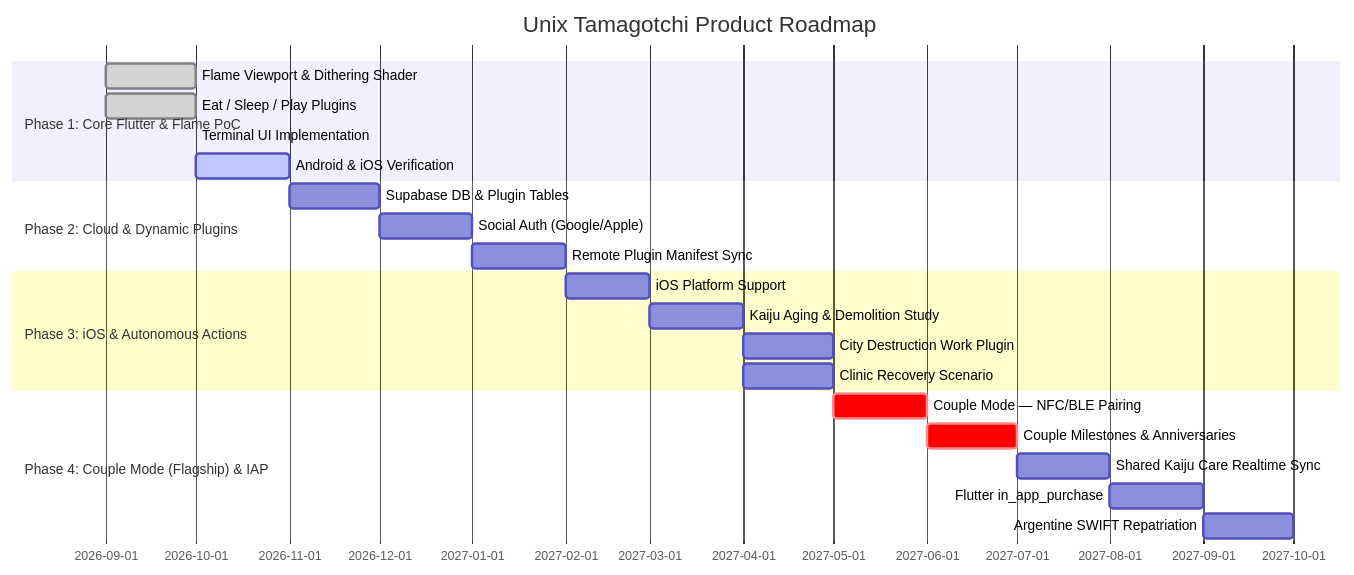
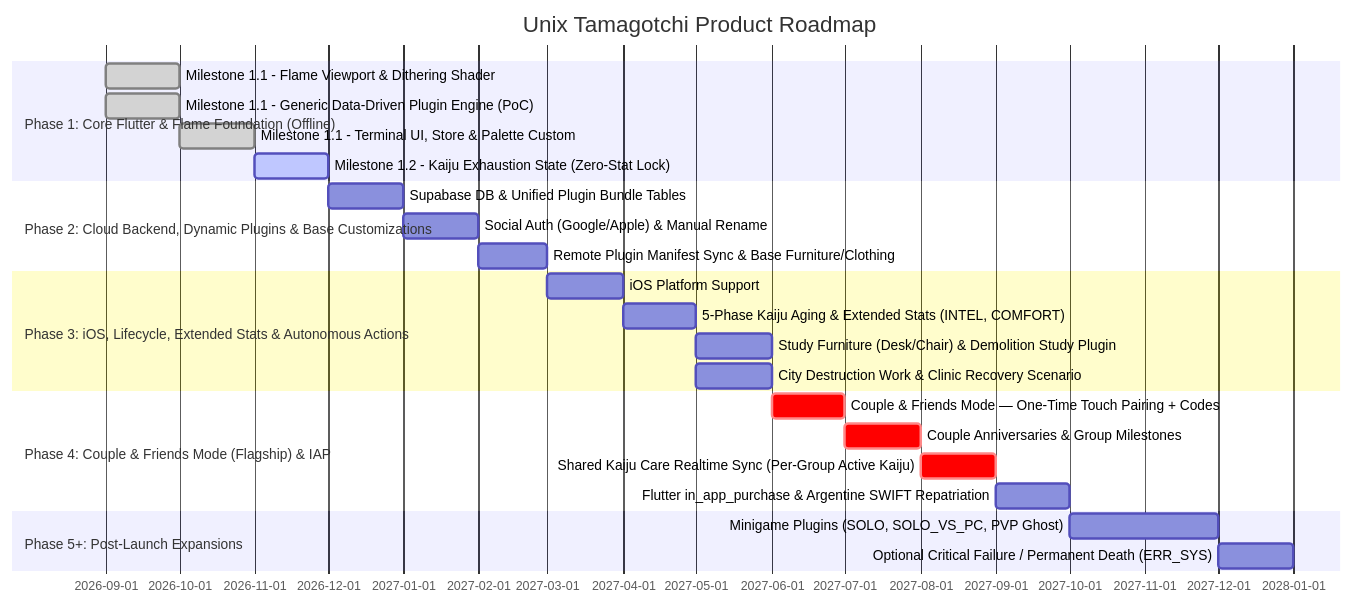
Before and after one commit to TheMrCorvy/HATCH.REF: the diagram in Documentation/Features/04-poc-scope-and-future-roadmap.md, drawn with Mermaid. The commit also changed other lines of this file and 55 other files, not shown here.

````diff
--- a/Documentation/Features/04-poc-scope-and-future-roadmap.md
+++ b/Documentation/Features/04-poc-scope-and-future-roadmap.md
@@ -30,28 +33,31 @@
 ```mermaid
 gantt
     title Unix Tamagotchi Product Roadmap
     dateFormat  YYYY-MM
-    section Phase 1: Core Flutter & Flame PoC
-    Flame Viewport & Dithering Shader :done, p1_1, 2026-09, 2026-10
-    Eat / Sleep / Play Plugins       :done, p1_2, 2026-09, 2026-10
-    Terminal UI Implementation       :done, p1_3, 2026-10, 2026-10
-    Android & iOS Verification       :active, p1_4, 2026-10, 2026-11
+    section Phase 1: Core Flutter & Flame Foundation (Offline)
+    Milestone 1.1 - Flame Viewport & Dithering Shader      :done, p1_1, 2026-09, 2026-10
+    Milestone 1.1 - Generic Data-Driven Plugin Engine (PoC) :done, p1_2, 2026-09, 2026-10
+    Milestone 1.1 - Terminal UI, Store & Palette Custom     :done, p1_3, 2026-10, 2026-11
+    Milestone 1.2 - Kaiju Exhaustion State (Zero-Stat Lock) :active, p1_4, 2026-11, 2026-12
 
-    section Phase 2: Cloud & Dynamic Plugins
-    Supabase DB & Plugin Tables      :p2_1, 2026-11, 2026-12
-    Social Auth (Google/Apple)       :p2_2, 2026-12, 2027-01
-    Remote Plugin Manifest Sync      :p2_3, 2027-01, 2027-02
+    section Phase 2: Cloud Backend, Dynamic Plugins & Base Customizations
+    Supabase DB & Unified Plugin Bundle Tables              :p2_1, 2026-12, 2027-01
+    Social Auth (Google/Apple) & Manual Rename              :p2_2, 2027-01, 2027-02
+    Remote Plugin Manifest Sync & Base Furniture/Clothing   :p2_3, 2027-02, 2027-03
 
-    section Phase 3: iOS & Autonomous Actions
-    iOS Platform Support             :p3_0, 2027-02, 2027-03
-    Kaiju Aging & Demolition Study   :p3_1, 2027-03, 2027-04
-    City Destruction Work Plugin     :p3_2, 2027-04, 2027-05
-    Clinic Recovery Scenario         :p3_3, 2027-04, 2027-05
+    section Phase 3: iOS, Lifecycle, Extended Stats & Autonomous Actions
+    iOS Platform Support                                    :p3_0, 2027-03, 2027-04
+    5-Phase Kaiju Aging & Extended Stats (INTEL, COMFORT)   :p3_1, 2027-04, 2027-05
+    Study Furniture (Desk/Chair) & Demolition Study Plugin  :p3_2, 2027-05, 2027-06
+    City Destruction Work & Clinic Recovery Scenario        :p3_3, 2027-05, 2027-06
 
-    section Phase 4: Couple Mode (Flagship) & IAP
-    Couple Mode — NFC/BLE Pairing    :crit, p4_0, 2027-05, 2027-06
-    Couple Milestones & Anniversaries :crit, p4_1, 2027-06, 2027-07
-    Shared Kaiju Care Realtime Sync    :p4_2, 2027-07, 2027-08
-    Flutter in_app_purchase          :p4_3, 2027-08, 2027-09
-    Argentine SWIFT Repatriation     :p4_4, 2027-09, 2027-10
+    section Phase 4: Couple & Friends Mode (Flagship) & IAP
+    Couple & Friends Mode — One-Time Touch Pairing + Codes  :crit, p4_0, 2027-06, 2027-07
+    Couple Anniversaries & Group Milestones                 :crit, p4_1, 2027-07, 2027-08
+    Shared Kaiju Care Realtime Sync (Per-Group Active Kaiju):crit, p4_2, 2027-08, 2027-09
+    Flutter in_app_purchase & Argentine SWIFT Repatriation  :p4_3, 2027-09, 2027-10
+
+    section Phase 5+: Post-Launch Expansions
+    Minigame Plugins (SOLO, SOLO_VS_PC, PVP Ghost)          :p5_1, 2027-10, 2027-12
+    Optional Critical Failure / Permanent Death (ERR_SYS)   :p5_2, 2027-12, 2028-01
 ```
````
